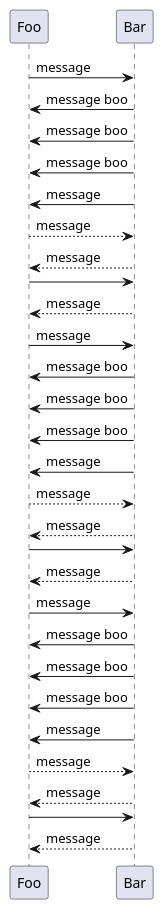
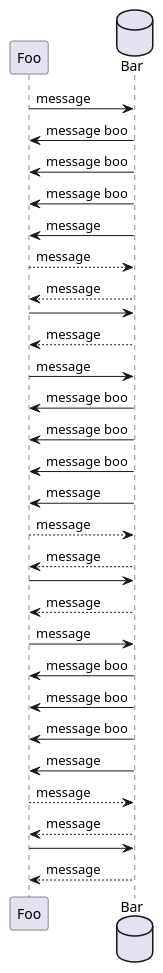
The diagram in test_calls.puml (zhvrnkov/plantuml-parser), drawn with PlantUML before and after one commit. The commit also changed 3 other files, not shown here.

```diff
--- a/test_calls.puml
+++ b/test_calls.puml
@@ -1,35 +1,40 @@
+
+
+participant Foo
+database Bar
+
 Foo -> Bar : message
 Bar->Foo:message boo
 Bar->Foo: message boo
 Bar->Foo:message boo
 Foo <- Bar : message
 Foo --> Bar : message
 Foo <-- Bar : message
 Foo->Bar
 Foo <-- Bar : message
 
 Foo -> Bar : message
 Bar->Foo:message boo
 Bar->Foo: message boo
 Bar->Foo:message boo
 Foo <- Bar : message
 Foo --> Bar : message
 Foo <-- Bar : message
 Foo->Bar
 Foo <-- Bar : message
 
 
 Foo -> Bar : message
 
 Bar->Foo:message boo
 Bar->Foo: message boo
 Bar->Foo:message boo
 
 
 
 Foo <- Bar : message
 Foo --> Bar : message
 Foo <-- Bar : message
 
 Foo->Bar
 Foo <-- Bar : message
```
